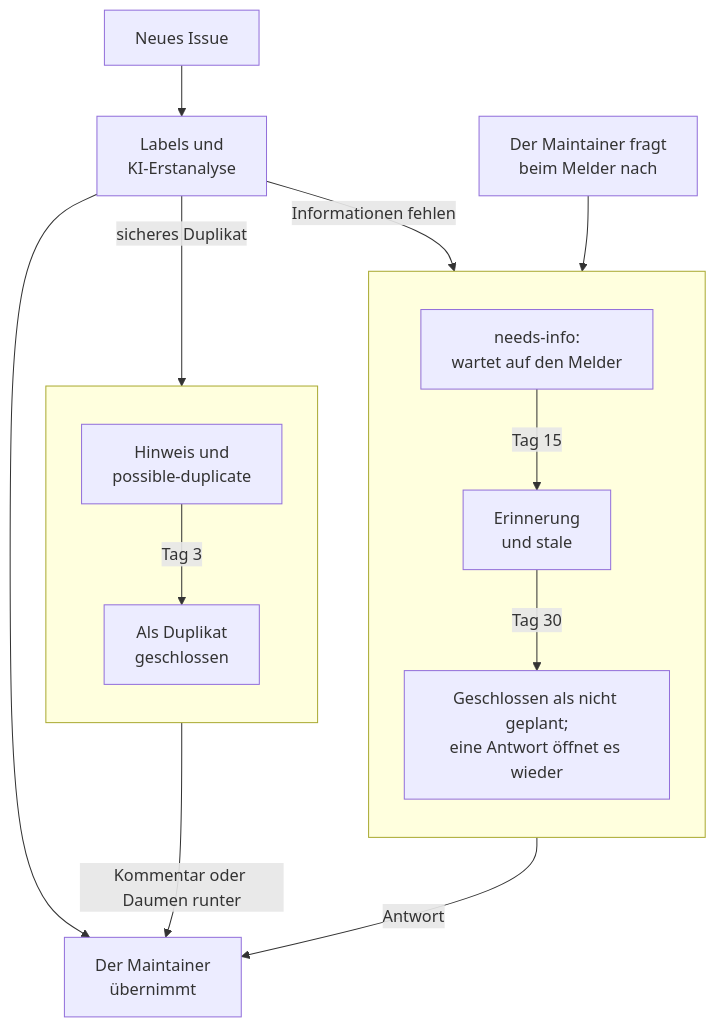
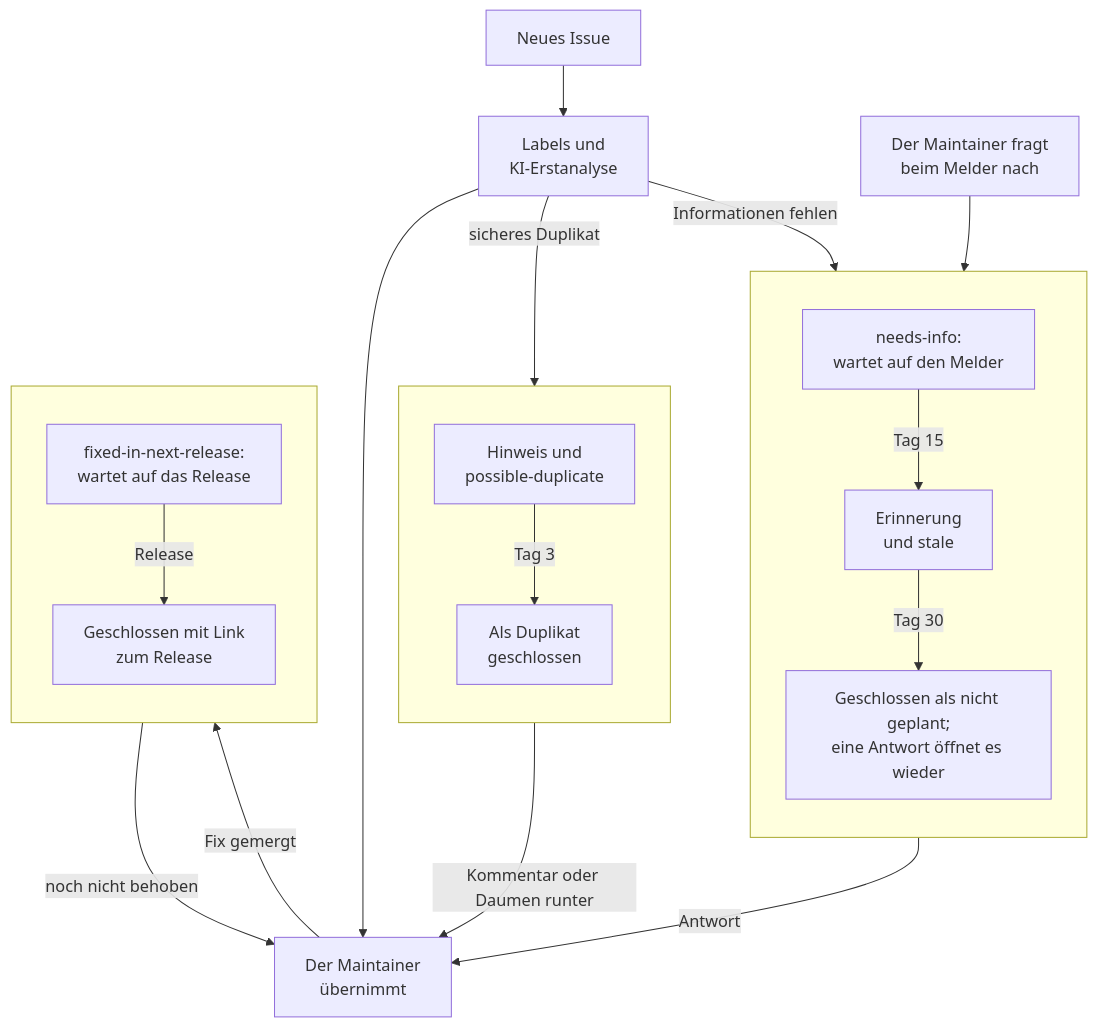
One commit to Dennis-Otto/ha-autodarts changed the diagram in docs/diagrams/issue-lifecycle.de.mmd. Above: the diagram before and after it, drawn with Mermaid. The commit also changed 15 other files, not shown here.

```diff
--- a/docs/diagrams/issue-lifecycle.de.mmd
+++ b/docs/diagrams/issue-lifecycle.de.mmd
@@ -1,17 +1,23 @@
 flowchart TB
   NEW["Neues Issue"] --> AI["Labels und<br/>KI-Erstanalyse"]
   AI --> MAINT["Der Maintainer<br/>übernimmt"]
   AI -- "Informationen fehlen" --> WAIT
   ASK["Der Maintainer fragt<br/>beim Melder nach"] --> WAIT
   subgraph LIFE[" "]
     direction TB
     WAIT["needs-info:<br/>wartet auf den Melder"] -- "Tag 15" --> REMIND["Erinnerung<br/>und stale"]
     REMIND -- "Tag 30" --> CLOSED["Geschlossen als nicht geplant;<br/>eine Antwort öffnet es wieder"]
   end
   LIFE -- "Antwort" --> MAINT
   AI -- "sicheres Duplikat" --> NOTICE
   subgraph DUPLICATES[" "]
     direction TB
     NOTICE["Hinweis und<br/>possible-duplicate"] -- "Tag 3" --> DUP["Als Duplikat<br/>geschlossen"]
   end
   NOTICE -- "Kommentar oder Daumen runter" --> MAINT
+  MAINT -- "Fix gemergt" --> FIX
+  subgraph RELEASE[" "]
+    direction TB
+    FIX["fixed-in-next-release:<br/>wartet auf das Release"] -- "Release" --> SHIPPED["Geschlossen mit Link<br/>zum Release"]
+  end
+  SHIPPED -- "noch nicht behoben" --> MAINT
```
